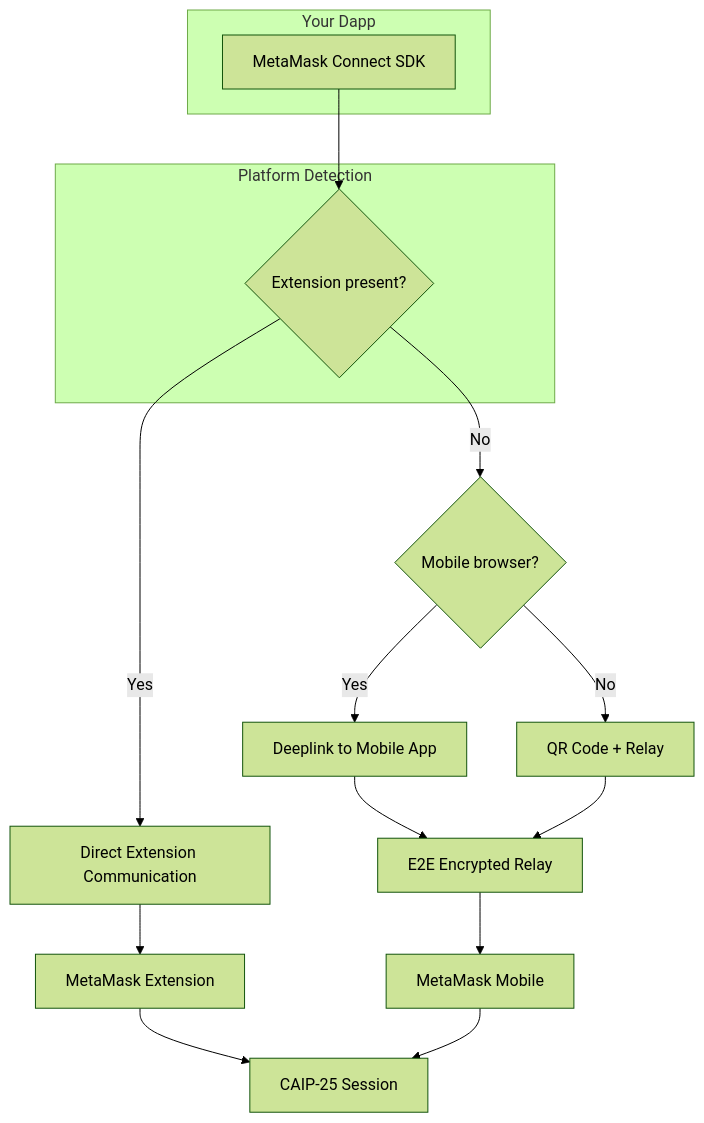
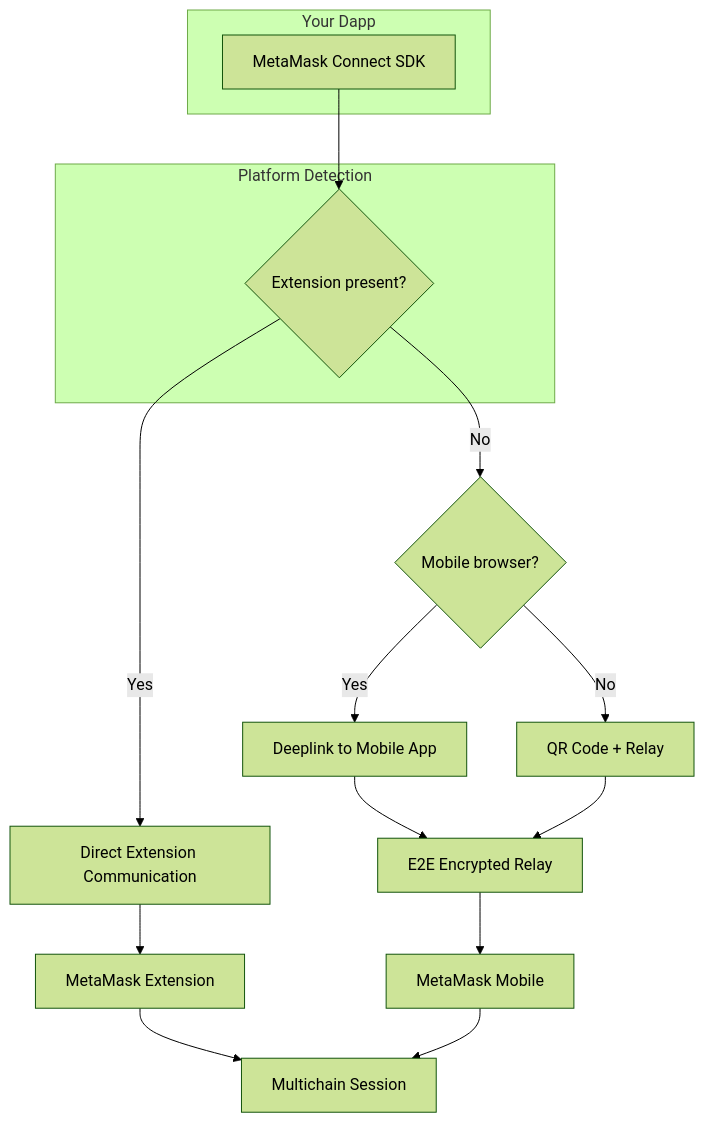
The diagram in sdk/about.md (MetaMask/metamask-docs), drawn with Mermaid (forest theme) before and after one commit. The commit also changed other lines of this file and 1 other file, not shown here.

````diff
--- a/sdk/about.md
+++ b/sdk/about.md
@@ -72,25 +74,25 @@
 ```mermaid
 flowchart TB
     subgraph dapp [Your Dapp]
         SDK[MetaMask Connect SDK]
     end
-    
+
     subgraph detection [Platform Detection]
         SDK --> ExtCheck{Extension present?}
     end
-    
+
     ExtCheck -->|Yes| DirectExt[Direct Extension Communication]
     ExtCheck -->|No| MobileCheck{Mobile browser?}
-    
+
     MobileCheck -->|Yes| Deeplink[Deeplink to Mobile App]
     MobileCheck -->|No| QRCode[QR Code + Relay]
-    
+
     DirectExt --> Extension[MetaMask Extension]
     Deeplink --> Relay[E2E Encrypted Relay]
     QRCode --> Relay
-    
+
     Relay --> MobileApp[MetaMask Mobile]
-    
-    Extension --> Session[CAIP-25 Session]
+
+    Extension --> Session[Multichain Session]
     MobileApp --> Session
 ```
````
